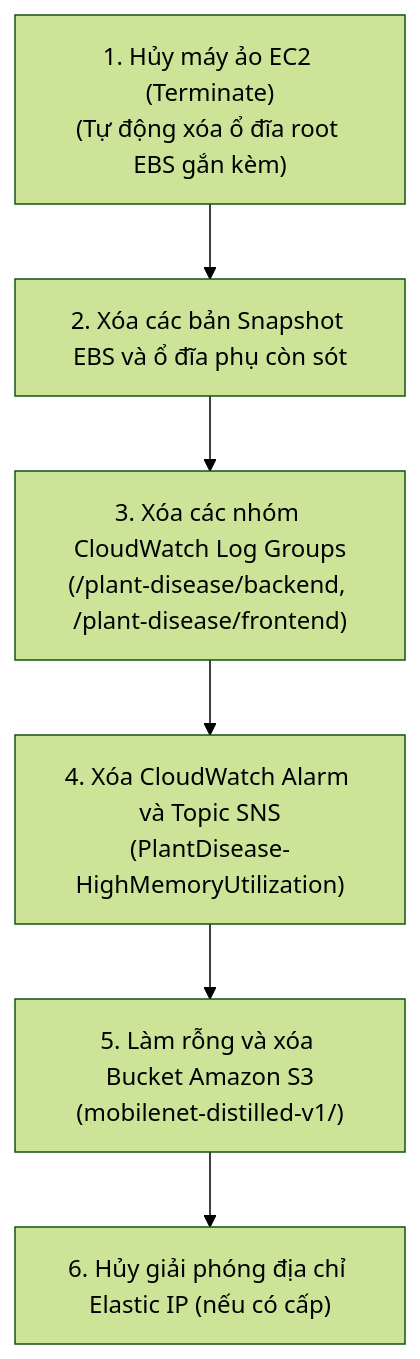
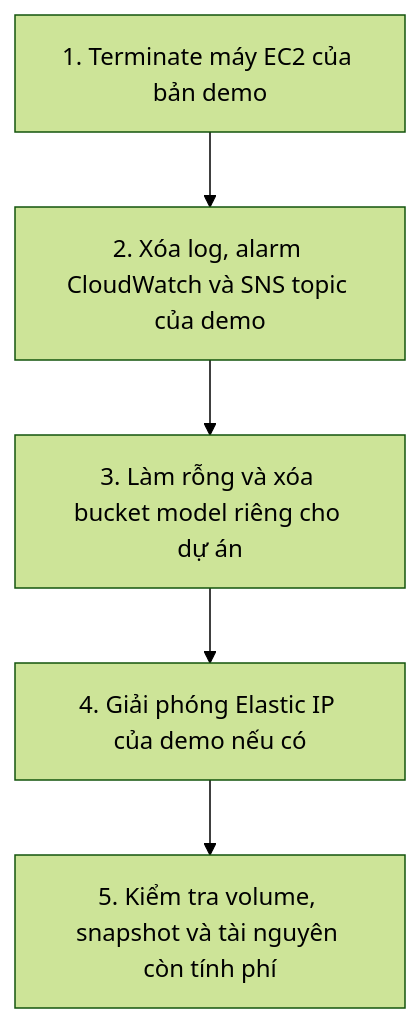
Before and after one commit to starkkk1/starkkk1.github.io: the diagram in content/5-Workshop/5.6-Operations-cleanup/_index.vi.md, drawn with Mermaid (forest theme). The commit also changed other lines of this file and 11 other files, not shown here.

````diff
--- a/content/5-Workshop/5.6-Operations-cleanup/_index.vi.md
+++ b/content/5-Workshop/5.6-Operations-cleanup/_index.vi.md
@@ -58,15 +58,13 @@
 ```mermaid
 graph TD
-    Step1["1. Hủy máy ảo EC2 (Terminate)<br/>(Tự động xóa ổ đĩa root EBS gắn kèm)"]
-    Step2["2. Xóa các bản Snapshot EBS và ổ đĩa phụ còn sót"]
-    Step3["3. Xóa các nhóm CloudWatch Log Groups<br/>(/plant-disease/backend, /plant-disease/frontend)"]
-    Step4["4. Xóa CloudWatch Alarm và Topic SNS<br/>(PlantDisease-HighMemoryUtilization)"]
-    Step5["5. Làm rỗng và xóa Bucket Amazon S3<br/>(mobilenet-distilled-v1/)"]
-    Step6["6. Hủy giải phóng địa chỉ Elastic IP (nếu có cấp)"]
+    Step1["1. Terminate máy EC2 của bản demo"]
+    Step2["2. Xóa log, alarm CloudWatch và SNS topic của demo"]
+    Step3["3. Làm rỗng và xóa bucket model riêng cho dự án"]
+    Step4["4. Giải phóng Elastic IP của demo nếu có"]
+    Step5["5. Kiểm tra volume, snapshot và tài nguyên còn tính phí"]
     
     Step1 --> Step2
     Step2 --> Step3
     Step3 --> Step4
     Step4 --> Step5
-    Step5 --> Step6
 ```
````
